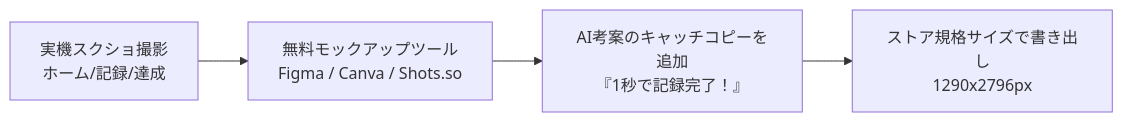
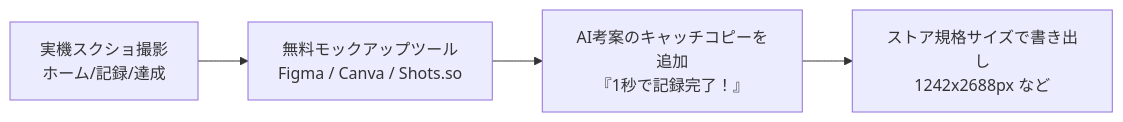
Before and after one commit to sangraal123/sangraal123: the diagram in googja/src/content/docs/publish/04.md, drawn with Mermaid. The commit also changed other lines of this file and 10 other files, not shown here.

````diff
--- a/googja/src/content/docs/publish/04.md
+++ b/googja/src/content/docs/publish/04.md
@@ -81,6 +103,6 @@
 ```mermaid
 flowchart LR
     Screen["実機スクショ撮影<br/>ホーム/記録/達成"] --> Frame["無料モックアップツール<br/>Figma / Canva / Shots.so"]
     Frame --> Copy["AI考案のキャッチコピーを追加<br/>『1秒で記録完了！』"]
-    Copy --> Export["ストア規格サイズで書き出し<br/>1290x2796px"]
+    Copy --> Export["ストア規格サイズで書き出し<br/>1242x2688px など"]
 ```
````
